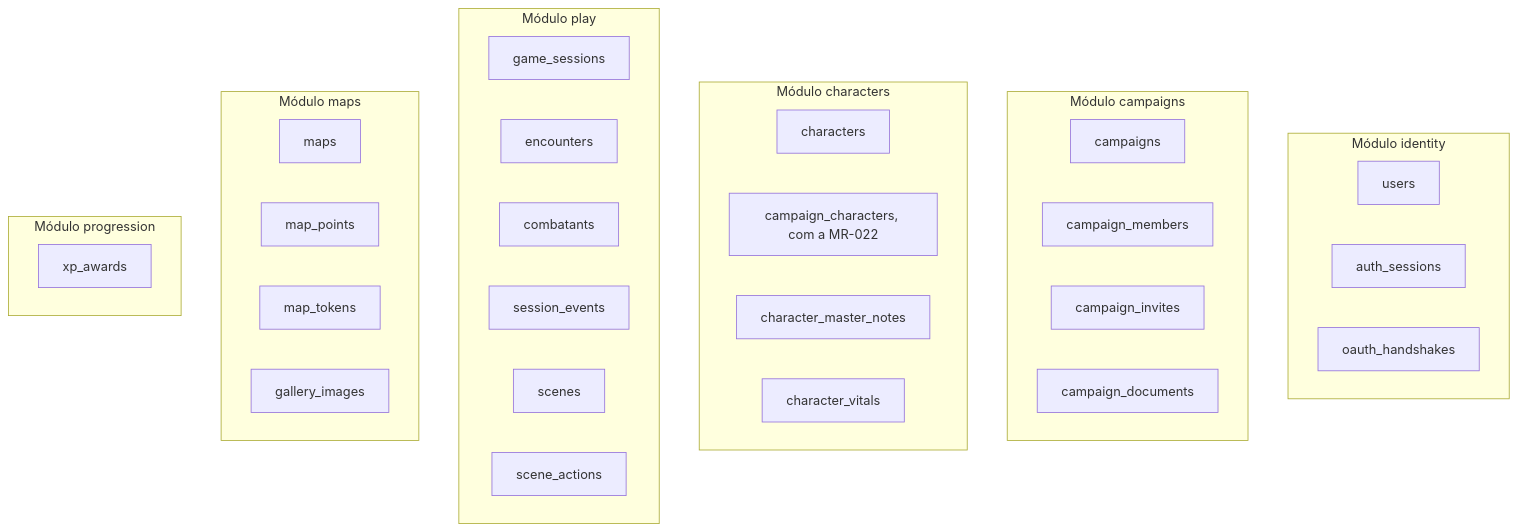
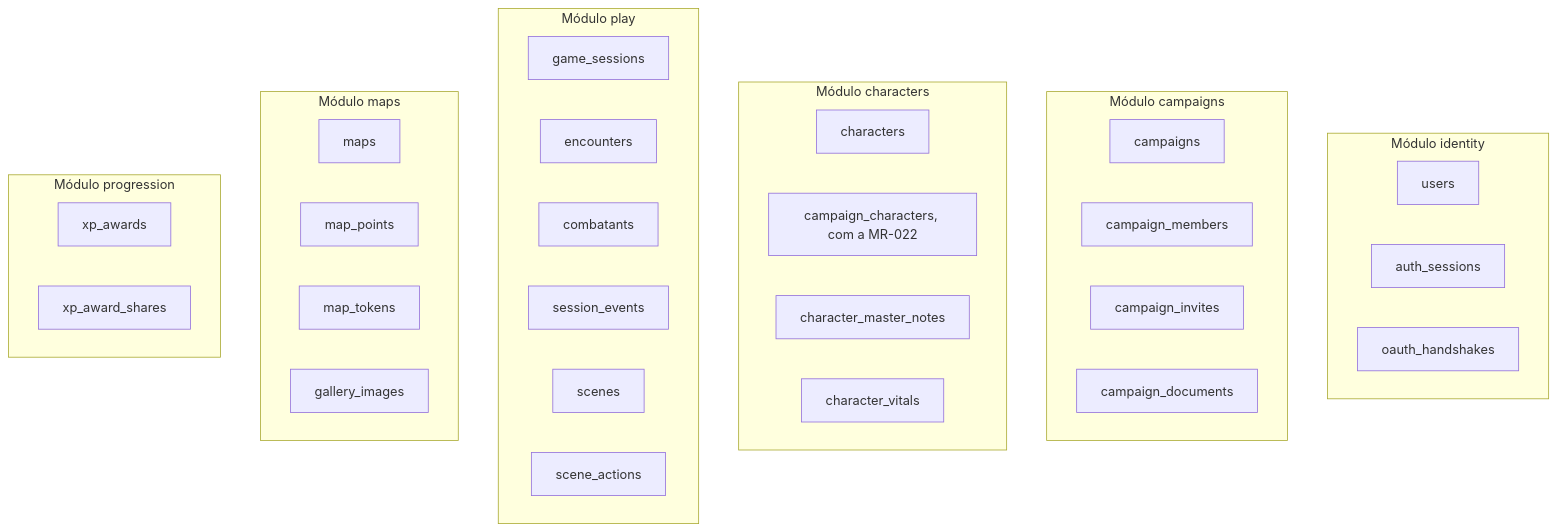
The second of 3 diagrams in docs/dados.md (PuraFome/meuRPG), drawn with Mermaid before and after one commit. The commit also changed other lines of this file and 59 other files, not shown here.

````diff
--- a/docs/dados.md
+++ b/docs/dados.md
@@ -250,42 +259,43 @@
 ```mermaid
 flowchart TD
     subgraph identity["Módulo identity"]
         t_users["users"]
         t_auth_sessions["auth_sessions"]
         t_oauth_handshakes["oauth_handshakes"]
     end
 
     subgraph campaigns_mod["Módulo campaigns"]
         t_campaigns["campaigns"]
         t_campaign_members["campaign_members"]
         t_campaign_invites["campaign_invites"]
         t_campaign_documents["campaign_documents"]
     end
 
     subgraph characters_mod["Módulo characters"]
         t_characters["characters"]
         t_campaign_characters["campaign_characters, com a MR-022"]
         t_character_master_notes["character_master_notes"]
         t_character_vitals["character_vitals"]
     end
 
     subgraph play["Módulo play"]
         t_game_sessions["game_sessions"]
         t_encounters["encounters"]
         t_combatants["combatants"]
         t_session_events["session_events"]
         t_scenes["scenes"]
         t_scene_actions["scene_actions"]
     end
 
     subgraph maps_mod["Módulo maps"]
         t_maps["maps"]
         t_map_points["map_points"]
         t_map_tokens["map_tokens"]
         t_gallery_images["gallery_images"]
     end
 
     subgraph progression["Módulo progression"]
         t_xp_awards["xp_awards"]
+        t_xp_award_shares["xp_award_shares"]
     end
 ```
````
